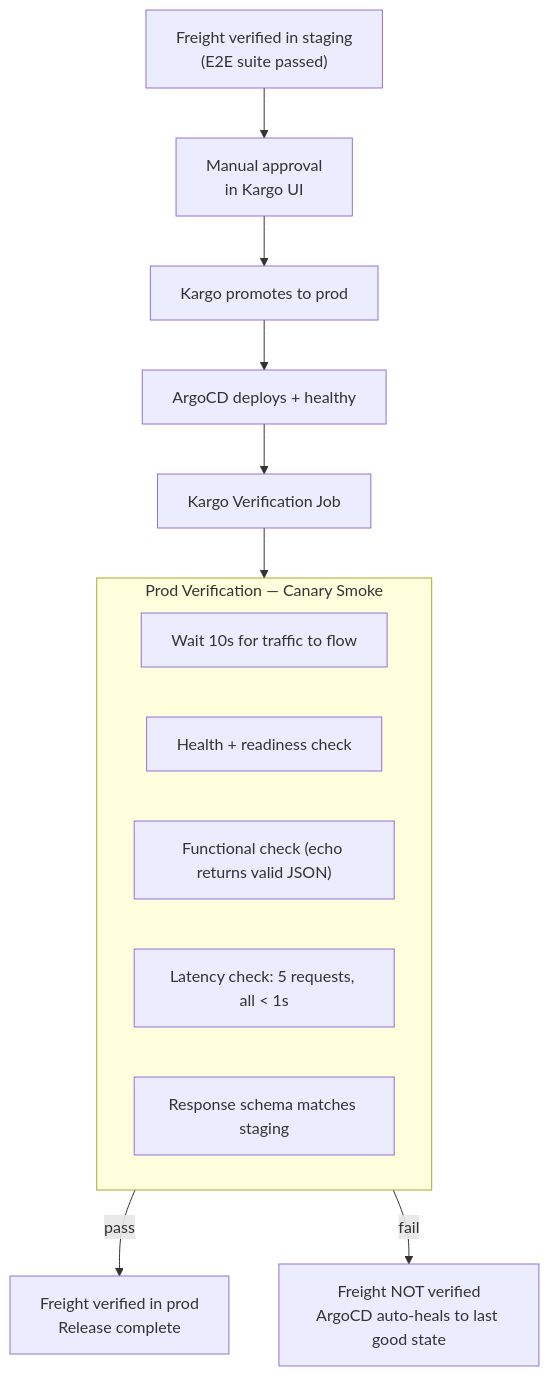
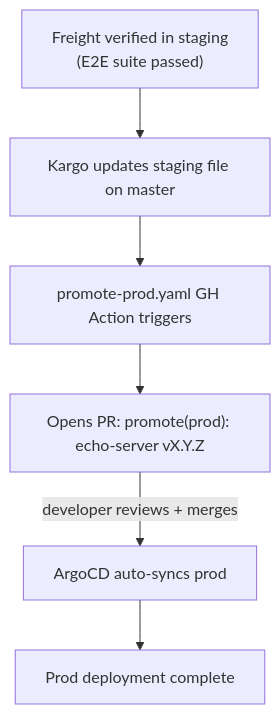
The fourth of 5 diagrams in docs/infra/validation-and-e2e-strategy.md (AaronRoethe/homelab), drawn with Mermaid before and after one commit. The commit also changed other lines of this file and 14 other files, not shown here.

````diff
--- a/docs/infra/validation-and-e2e-strategy.md
+++ b/docs/infra/validation-and-e2e-strategy.md
@@ -341,19 +341,8 @@
 ```mermaid
 flowchart TD
-    freight["Freight verified in staging<br/>(E2E suite passed)"] --> manual["Manual approval<br/>in Kargo UI"]
-    manual --> promote["Kargo promotes to prod"]
-    promote --> argocd["ArgoCD deploys + healthy"]
-    argocd --> verify["Kargo Verification Job"]
-
-    subgraph verify_steps["Prod Verification — Canary Smoke"]
-        wait["Wait 10s for traffic to flow"]
-        health["Health + readiness check"]
-        func["Functional check (echo returns valid JSON)"]
-        latency["Latency check: 5 requests, all < 1s"]
-        compare["Response schema matches staging"]
-    end
-
-    verify --> verify_steps
-    verify_steps -->|"pass"| done["Freight verified in prod<br/>Release complete"]
-    verify_steps -->|"fail"| rollback["Freight NOT verified<br/>ArgoCD auto-heals to last good state"]
+    freight["Freight verified in staging<br/>(E2E suite passed)"] --> staging_update["Kargo updates staging file on master"]
+    staging_update --> gh_action["promote-prod.yaml GH Action triggers"]
+    gh_action --> pr["Opens PR: promote(prod): echo-server vX.Y.Z"]
+    pr -->|"developer reviews + merges"| argocd["ArgoCD auto-syncs prod"]
+    argocd --> done["Prod deployment complete"]
 ```
````
